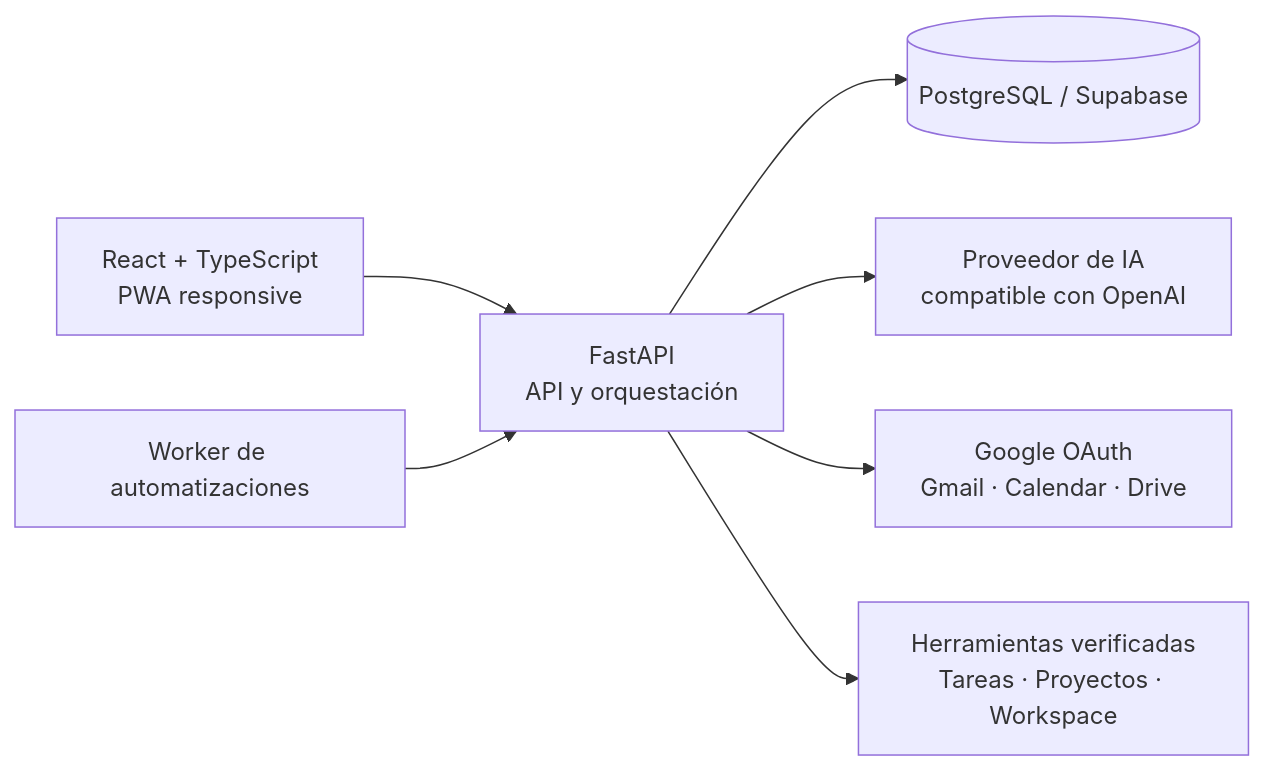
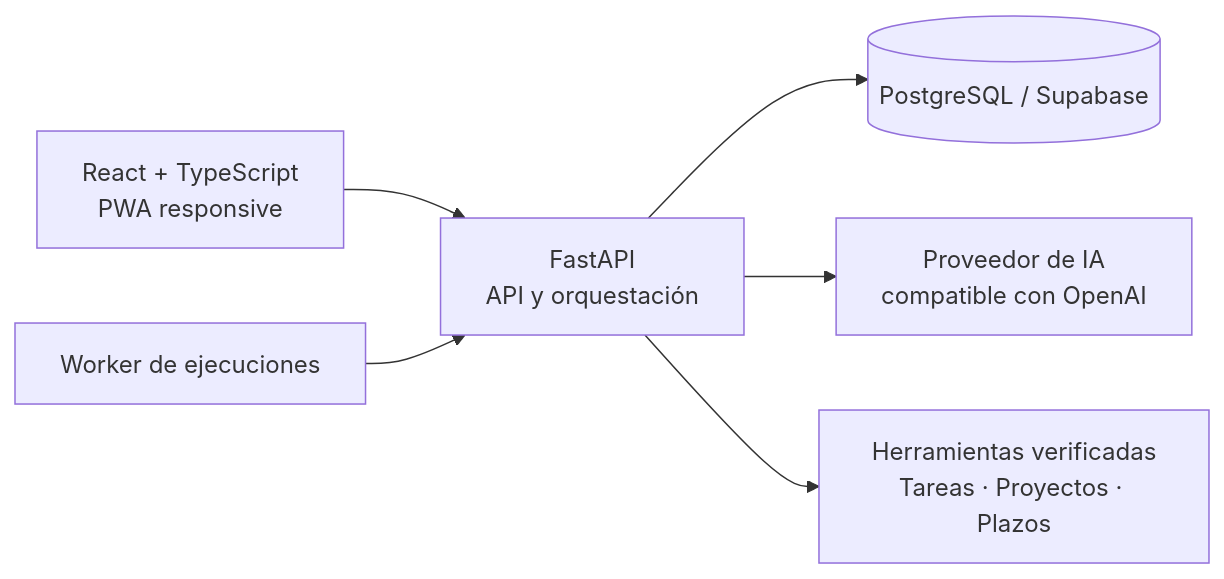
One commit to PabloMonserratSastre/PABLO-OS changed the diagram in README.md. Above: the diagram before and after it, drawn with Mermaid. The commit also changed other lines of this file and 27 other files, not shown here.

````diff
--- a/README.md
+++ b/README.md
@@ -34,9 +55,8 @@
 ```mermaid
 flowchart LR
     UI[React + TypeScript\nPWA responsive] --> API[FastAPI\nAPI y orquestación]
     API --> DB[(PostgreSQL / Supabase)]
     API --> AI[Proveedor de IA\ncompatible con OpenAI]
-    API --> GOOGLE[Google OAuth\nGmail · Calendar · Drive]
-    API --> TOOLS[Herramientas verificadas\nTareas · Proyectos · Workspace]
-    WORKER[Worker de automatizaciones] --> API
+    API --> TOOLS[Herramientas verificadas\nTareas · Proyectos · Plazos]
+    WORKER[Worker de ejecuciones] --> API
 ```
````
